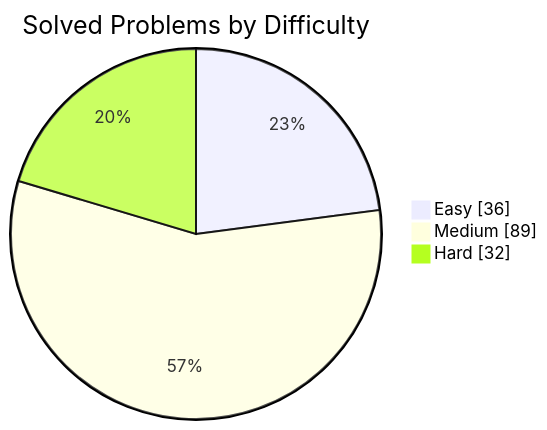
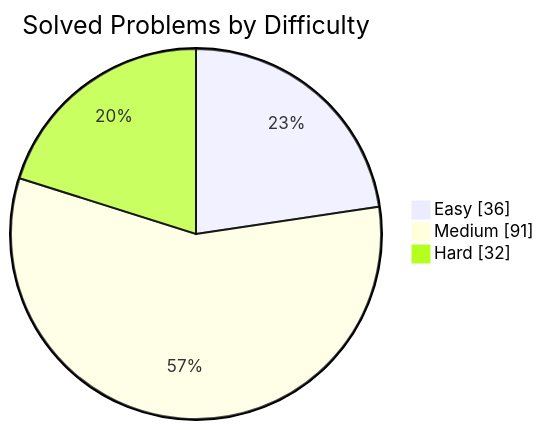
One commit to manikantbindass/DSA-Preparation-FAANG changed the first of 2 diagrams in README.md. Above: the diagram before and after it, drawn with Mermaid. The commit also changed other lines of this file, not shown here.

````diff
--- a/README.md
+++ b/README.md
@@ -38,7 +38,7 @@
 ```mermaid
 pie showData
     title Solved Problems by Difficulty
     "Easy" : 36
-    "Medium" : 89
+    "Medium" : 91
     "Hard" : 32
 ```
````
